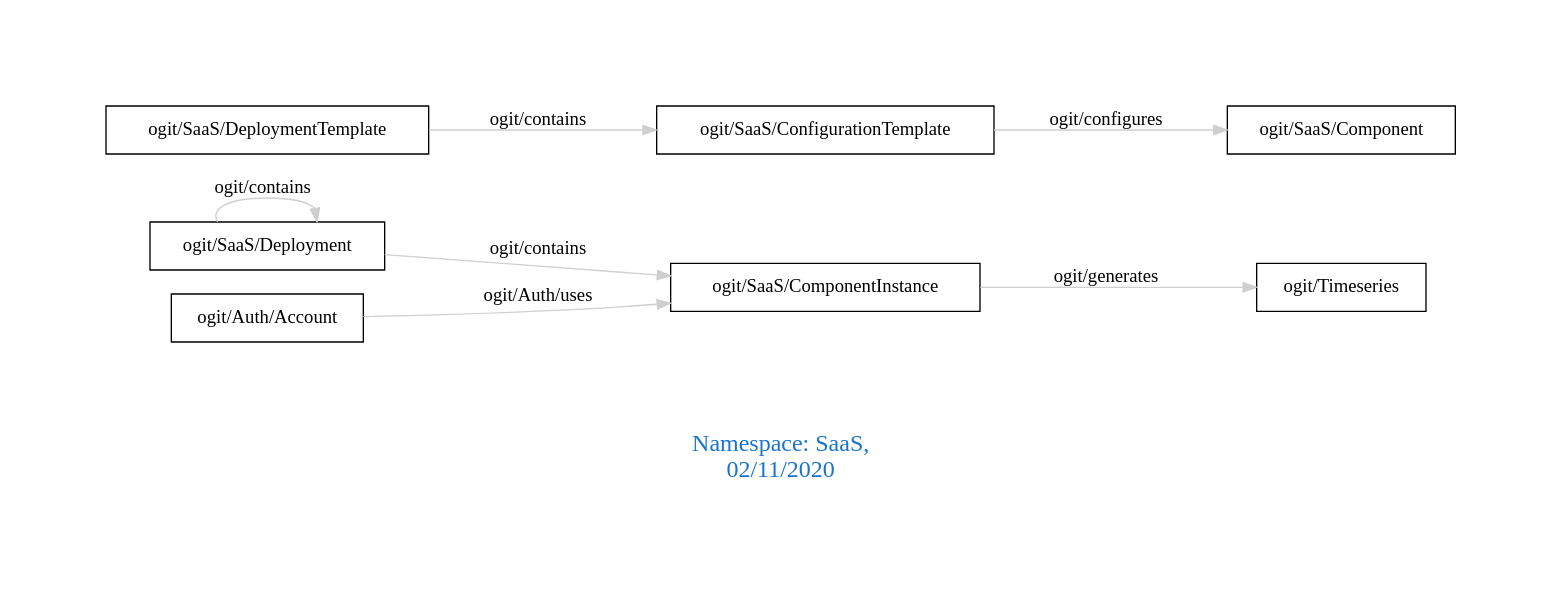
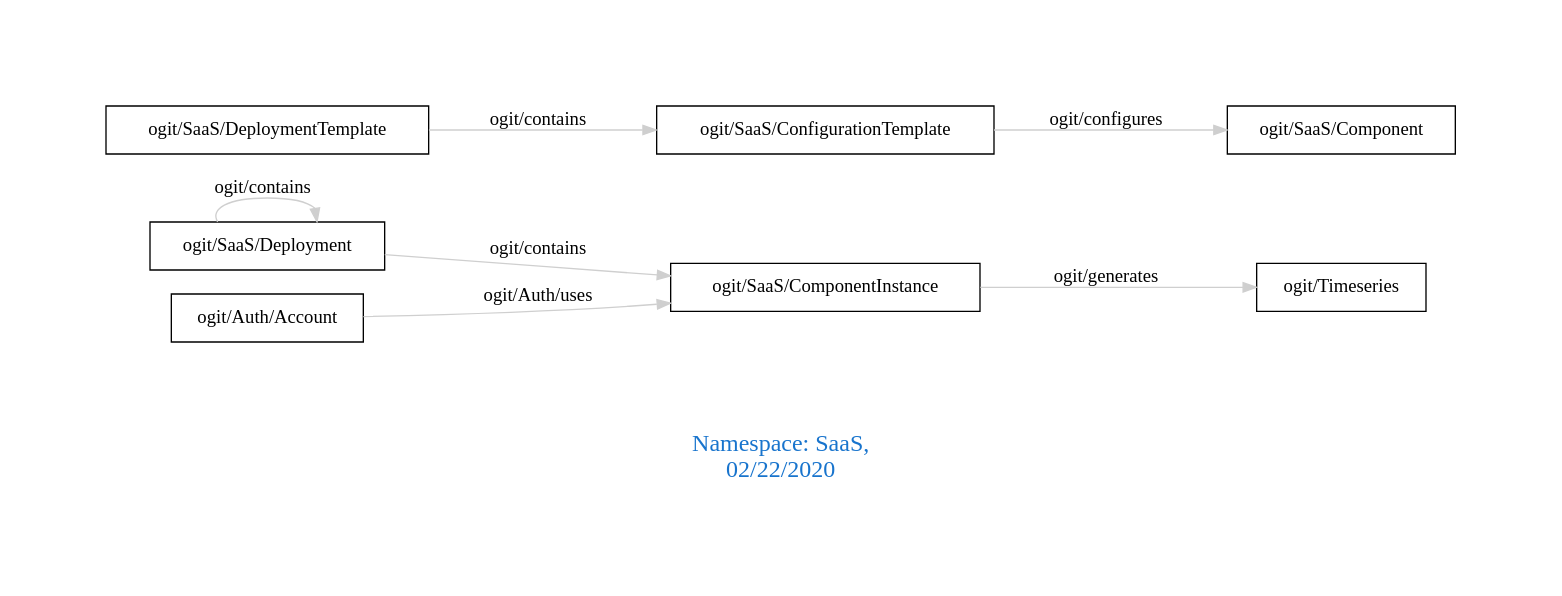
The diagram in downloads/SaaS.dot (arago/OGIT), drawn with Graphviz before and after one commit. The commit also changed 1745 other files, not shown here.

```diff
--- a/downloads/SaaS.dot
+++ b/downloads/SaaS.dot
@@ -1,14 +1,14 @@
 digraph OGIT_ontology {
  graph [ rankdir= LR,pad=1 
 fontsize = 18,
-fontcolor= dodgerblue3,label = "\n\n\nNamespace: SaaS, \n 02/11/2020"];
+fontcolor= dodgerblue3,label = "\n\n\nNamespace: SaaS, \n 02/22/2020"];
 node[shape=polygon];
 edge [  color="gray81"];
 
    "ogit/SaaS/Deployment" -> "ogit/SaaS/ComponentInstance" [label="   ogit/contains    "];
    "ogit/SaaS/DeploymentTemplate" -> "ogit/SaaS/ConfigurationTemplate" [label="   ogit/contains    "];
    "ogit/SaaS/ComponentInstance" -> "ogit/Timeseries" [label="   ogit/generates    "];
    "ogit/SaaS/ConfigurationTemplate" -> "ogit/SaaS/Component" [label="   ogit/configures    "];
    "ogit/Auth/Account" -> "ogit/SaaS/ComponentInstance" [label="   ogit/Auth/uses    "];
    "ogit/SaaS/Deployment" -> "ogit/SaaS/Deployment" [label="   ogit/contains    "];
 }
```
